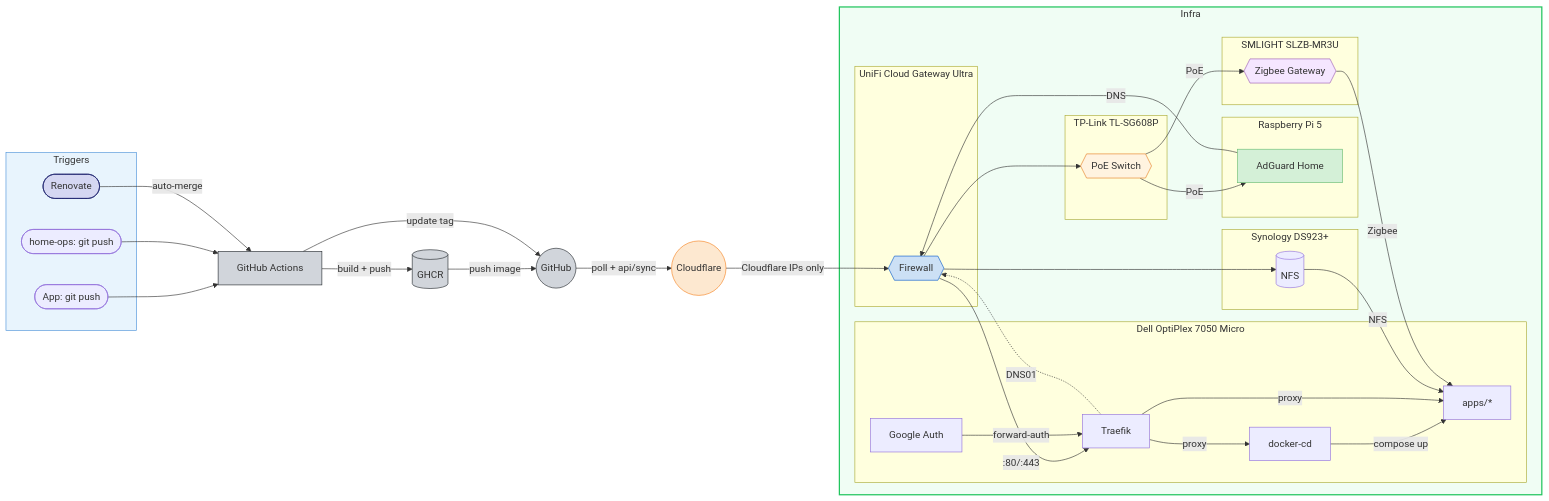
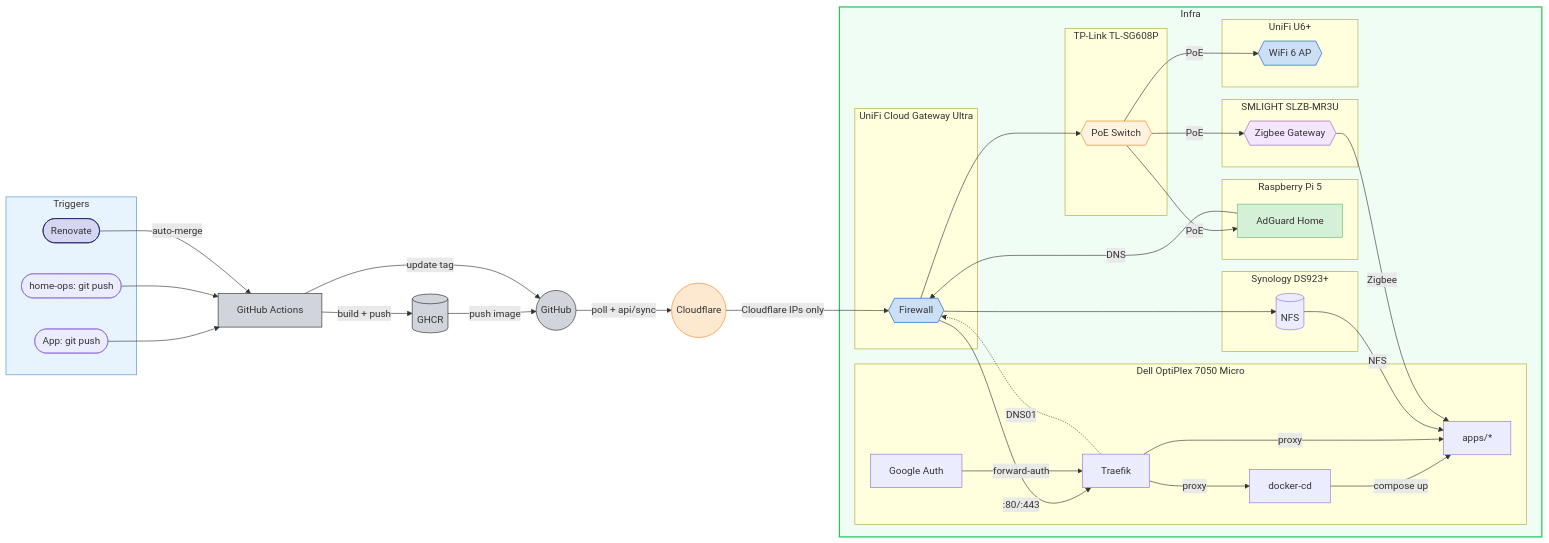
Before and after one commit to wajeht/home-ops: the diagram in README.md, drawn with Mermaid.

Commit message:
docs: add unifi u6+ access point to network diagram

````diff
--- a/README.md
+++ b/README.md
@@ -16,65 +16,71 @@
 ```mermaid
 flowchart LR
     subgraph triggers[Triggers]
         app_push([App: git push])
         ops_push([home-ops: git push])
         renovate([Renovate])
     end
 
     app_push --> ci[GitHub Actions] -->|build + push| ghcr[(GHCR)]
     ghcr -->|push image| github((GitHub))
     ci -->|update tag| github
     ops_push --> ci
     renovate -->|auto-merge| ci
     github -->|poll + api/sync | cf((Cloudflare)) -->|Cloudflare IPs only| unifi -->|:80/:443| traefik -->|proxy| docker_cd
 
     subgraph infra[Infra]
         subgraph dell[Dell OptiPlex 7050 Micro]
             docker_cd[docker-cd] -->|compose up| apps[apps/*]
             traefik[Traefik] -->|proxy| apps
             google_auth[Google Auth] -->|forward-auth| traefik
         end
 
         subgraph nas[Synology DS923+]
             nfs[(NFS)]
         end
 
         subgraph ucg[UniFi Cloud Gateway Ultra]
             unifi{{Firewall}}
         end
 
         subgraph pi[Raspberry Pi 5]
             adguard[AdGuard Home]
         end
 
         subgraph slzb[SMLIGHT SLZB-MR3U]
             zigbee{{Zigbee Gateway}}
         end
 
         subgraph tplink[TP-Link TL-SG608P]
             poe{{PoE Switch}}
         end
 
+        subgraph u6[UniFi U6+]
+            ap{{WiFi 6 AP}}
+        end
+
         nfs -->|NFS| apps
         adguard -->|DNS| unifi
         unifi --> nfs
         unifi --> poe
         poe -->|PoE| zigbee
         poe -->|PoE| adguard
+        poe -->|PoE| ap
         zigbee -->|Zigbee| apps
     end
 
     traefik -.->|DNS01| unifi
 
     style triggers fill:#e8f4fd,stroke:#4a90d9
     style infra fill:#f0fdf4,stroke:#22c55e,stroke-width:2px
     style cf fill:#fde8d0,stroke:#f6821f,color:#333
     style github fill:#d1d5db,stroke:#24292e,color:#333
     style ghcr fill:#d1d5db,stroke:#24292e,color:#333
     style ci fill:#d1d5db,stroke:#24292e,color:#333
     style renovate fill:#d5d7f2,stroke:#1a1f6c,color:#333
     style adguard fill:#d4f0d7,stroke:#68bc71,color:#333
     style unifi fill:#cce0f5,stroke:#0559c9,color:#333
     style zigbee fill:#f5e6ff,stroke:#9b59b6,color:#333
     style poe fill:#fff3e0,stroke:#e67e22,color:#333
+    style ap fill:#cce0f5,stroke:#0559c9,color:#333
 ```
````
